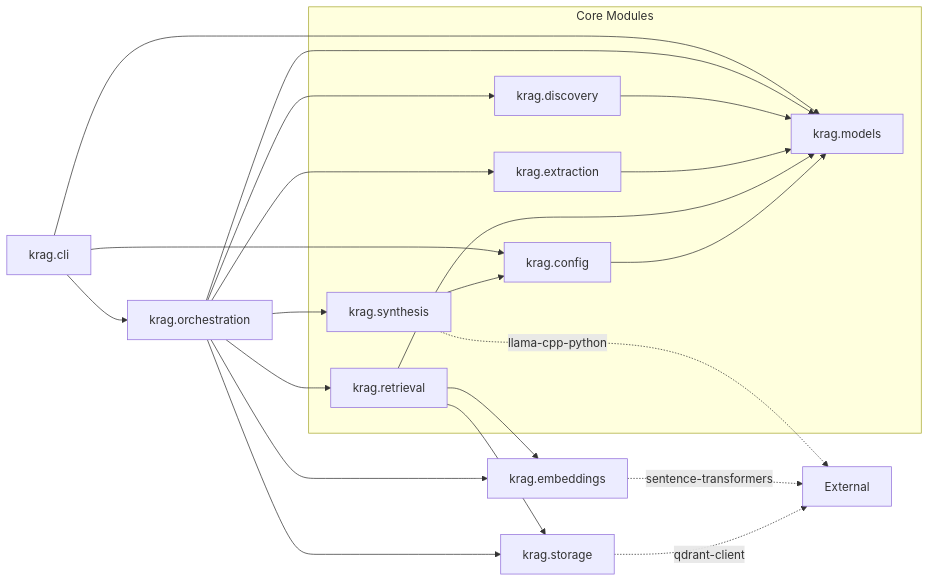
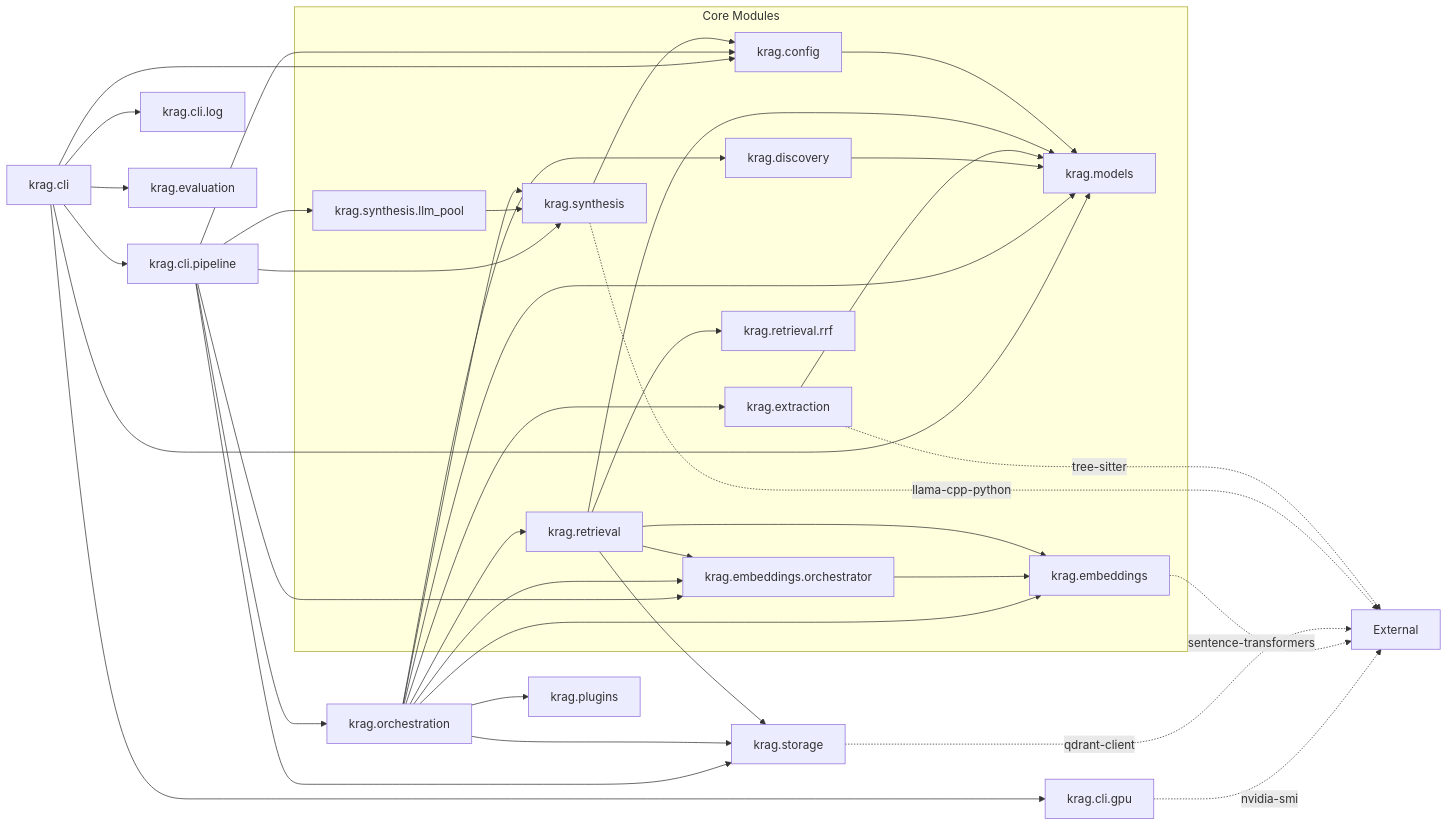
Before and after one commit to kenhia/krag: the seventh of 7 diagrams in docs/architecture.md, drawn with Mermaid. The commit also changed other lines of this file, not shown here.

First line of the commit message:
docs: comprehensive architecture.md update for 006-code-quality-sprint

````diff
--- a/docs/architecture.md
+++ b/docs/architecture.md
@@ -607,29 +1020,48 @@
 ```mermaid
 graph LR
-    CLI["krag.cli"] --> ORCH["krag.orchestration"]
+    CLI["krag.cli"] --> PIPE["krag.cli.pipeline"]
     CLI --> CFG["krag.config"]
     CLI --> MODELS["krag.models"]
+    CLI --> GPU["krag.cli.gpu"]
+    CLI --> LOG["krag.cli.log"]
+
+    PIPE --> ORCH["krag.orchestration"]
+    PIPE --> EMB_O["krag.embeddings.orchestrator"]
+    PIPE --> SYNTH["krag.synthesis"]
+    PIPE --> POOL["krag.synthesis.llm_pool"]
+    PIPE --> STORE["krag.storage"]
+    PIPE --> CFG
+
+    CLI --> EVAL_PKG["krag.evaluation"]
 
     ORCH --> DISC["krag.discovery"]
     ORCH --> EXT["krag.extraction"]
     ORCH --> EMB["krag.embeddings"]
-    ORCH --> STORE["krag.storage"]
+    ORCH --> EMB_O
+    ORCH --> STORE
     ORCH --> MODELS
+    ORCH --> PLUGINS["krag.plugins"]
 
     subgraph "Core Modules"
         DISC --> MODELS
         EXT --> MODELS
         RET["krag.retrieval"] --> MODELS
-        SYNTH["krag.synthesis"] --> CFG
+        RET --> RRF["krag.retrieval.rrf"]
+        SYNTH --> CFG
+        POOL --> SYNTH
+        EMB_O --> EMB
     end
 
     ORCH --> RET
     ORCH --> SYNTH
     RET --> STORE
     RET --> EMB
+    RET --> EMB_O
     CFG --> MODELS
+    GPU -.->|nvidia-smi| EXT_LIB1["External"]
 
-    EMB -.->|sentence-transformers| EXT_LIB1["External"]
+    EMB -.->|sentence-transformers| EXT_LIB1
     STORE -.->|qdrant-client| EXT_LIB1
     SYNTH -.->|llama-cpp-python| EXT_LIB1
+    EXT -.->|tree-sitter| EXT_LIB1
 ```
````
